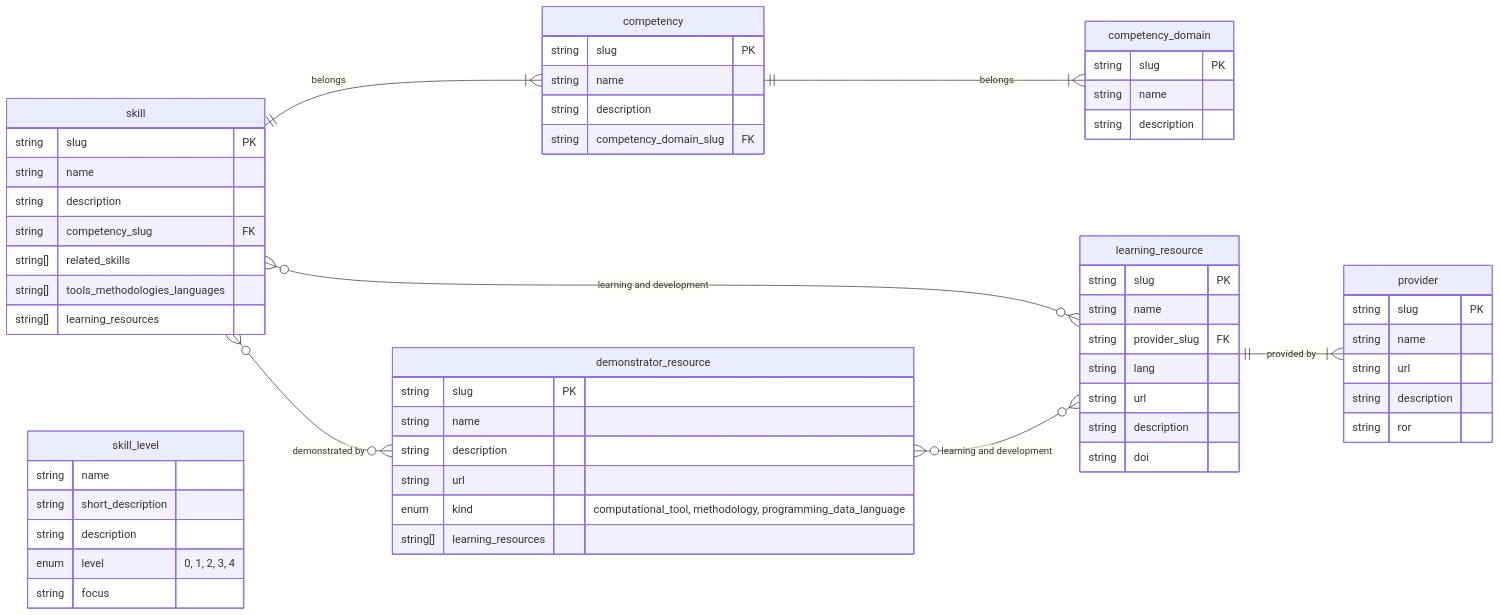
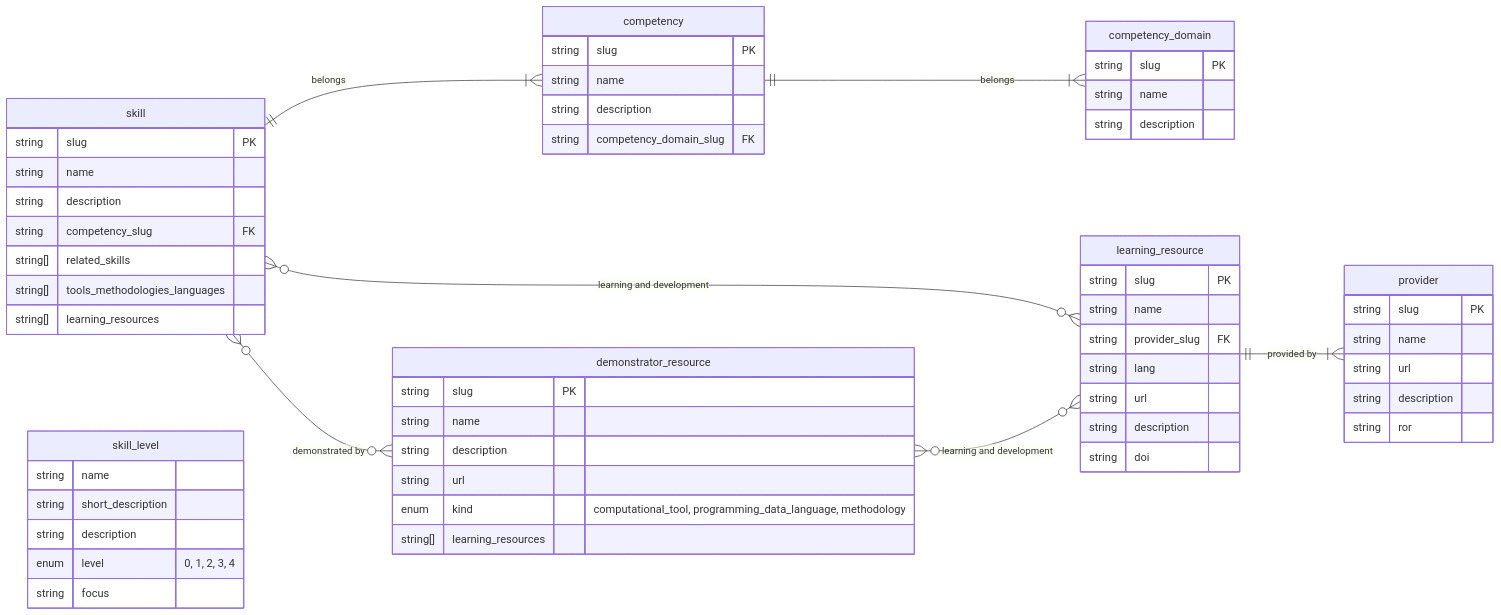
Before and after one commit to direct-framework/digital-research-competencies-framework: the diagram in framework/README.md, drawn with Mermaid.

````diff
--- a/framework/README.md
+++ b/framework/README.md
@@ -17,68 +17,68 @@
 ```mermaid
 erDiagram
     direction LR
     competency ||--|{competency_domain : belongs
     skill ||--|{ competency : belongs
     skill }o--o{ demonstrator_resource : "demonstrated by"
     skill }o--o{ learning_resource: "learning and development"
     demonstrator_resource }o--o{ learning_resource : "learning and development"
     learning_resource ||--|{ provider : "provided by"
 
     competency_domain {
             string slug PK
 	    string name
 	    string description
     }
 
     competency {
 	    string slug PK
 	    string name
 	    string description
 	    string competency_domain_slug FK
     }
 
     skill {
 	    string slug PK
 	    string name
 	    string description
 	    string competency_slug FK
             string[] related_skills
             string[] tools_methodologies_languages
             string[] learning_resources
     }
 
     demonstrator_resource {
         string slug PK
         string name
         string description
         string url
-        enum kind "computational_tool, methodology, programming_data_language"
+        enum kind "computational_tool, programming_data_language, methodology"
         string[] learning_resources
     }
 
     learning_resource {
         string slug PK
         string name
         string provider_slug FK
         string lang
         string url
         string description
         string doi
     }
 
     provider {
         string slug PK
         string name
         string url
         string description
         string ror
     }
 
     skill_level {
 	    string name
 	    string short_description
 	    string description
             enum level "0, 1, 2, 3, 4"
 		string focus
     }
 ```
````
